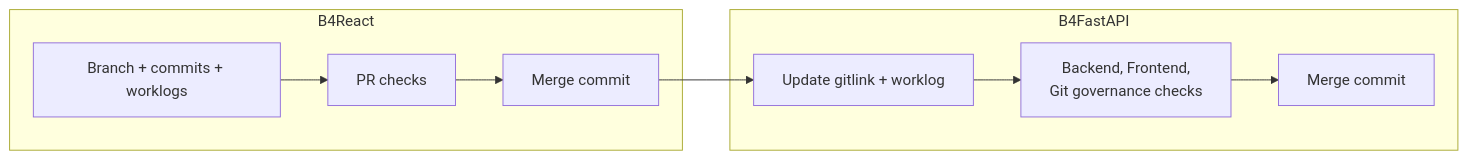
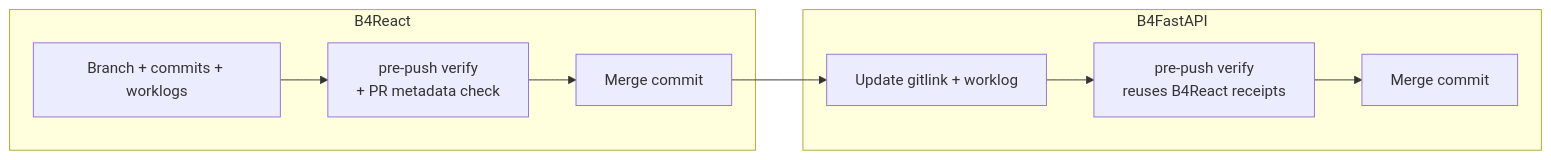
One commit to Blueprint4Agent/Blueprint4Agent.github.io changed the diagram in docs/verification/git-governance.mdx. Above: the diagram before and after it, drawn with Mermaid. The commit also changed other lines of this file and 8 other files, not shown here.

First line of the commit message:
docs(verification): document local Git hooks, receipts, and manual workflows

````diff
--- a/docs/verification/git-governance.mdx
+++ b/docs/verification/git-governance.mdx
@@ -74,10 +80,10 @@
 ```mermaid
 flowchart LR
     subgraph fe["B4React"]
-        F1["Branch + commits + worklogs"] --> F2["PR checks"] --> F3["Merge commit"]
+        F1["Branch + commits + worklogs"] --> F2["pre-push verify<br/>+ PR metadata check"] --> F3["Merge commit"]
     end
     subgraph be["B4FastAPI"]
-        B1["Update gitlink + worklog"] --> B2["Backend, Frontend,<br/>Git governance checks"] --> B3["Merge commit"]
+        B1["Update gitlink + worklog"] --> B2["pre-push verify<br/>reuses B4React receipts"] --> B3["Merge commit"]
     end
     F3 --> B1
 ```
````
